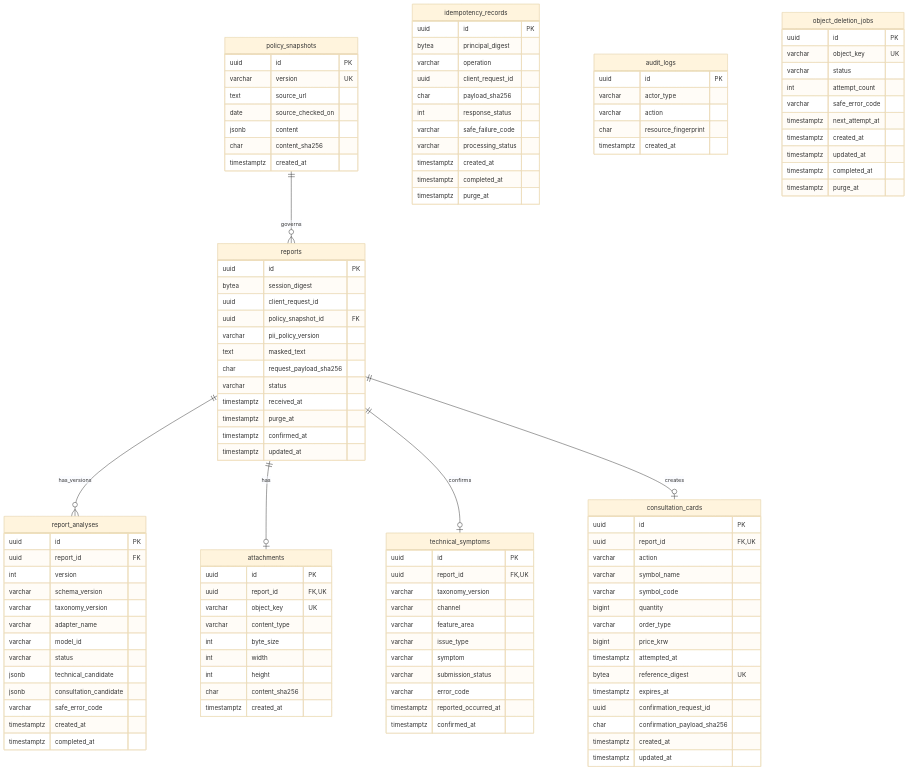
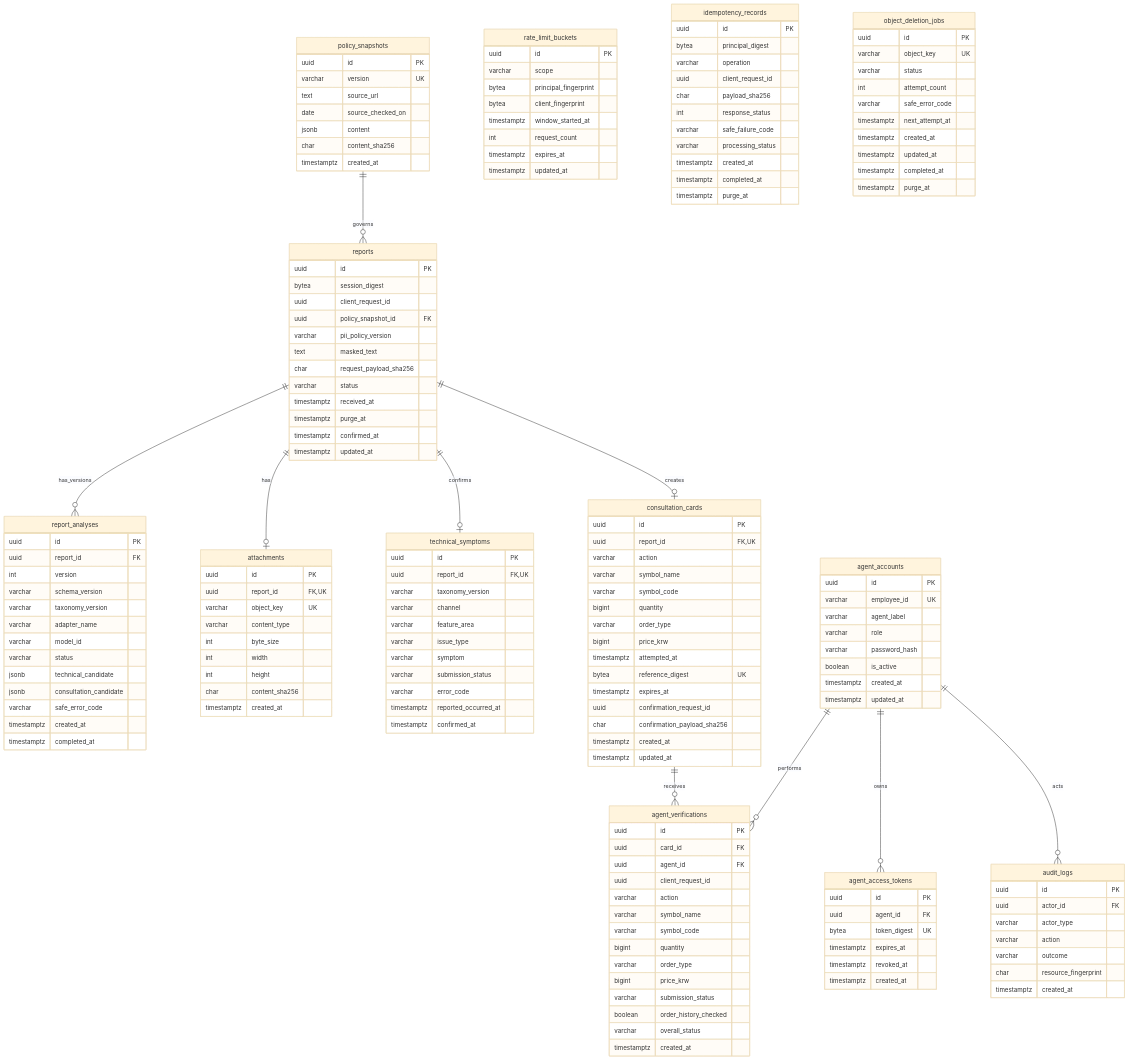
One commit to AI-Challenge-Git/AI_Challenge changed the second of 2 diagrams in backend/docs/erd.md. Above: the diagram before and after it, drawn with Mermaid (base theme). The commit also changed other lines of this file and 29 other files, not shown here.

```diff
--- a/backend/docs/erd.md
+++ b/backend/docs/erd.md
@@ -29,6 +29,10 @@
     reports ||--o| attachments : has
     reports ||--o| technical_symptoms : confirms
     reports ||--o| consultation_cards : creates
+    consultation_cards ||--o{ agent_verifications : receives
+    agent_accounts ||--o{ agent_access_tokens : owns
+    agent_accounts ||--o{ agent_verifications : performs
+    agent_accounts ||--o{ audit_logs : acts
 
     policy_snapshots {
         uuid id PK
@@ -115,6 +119,54 @@
         timestamptz updated_at
     }
 
+    agent_accounts {
+        uuid id PK
+        varchar employee_id UK
+        varchar agent_label
+        varchar role
+        varchar password_hash
+        boolean is_active
+        timestamptz created_at
+        timestamptz updated_at
+    }
+
+    agent_access_tokens {
+        uuid id PK
+        uuid agent_id FK
+        bytea token_digest UK
+        timestamptz expires_at
+        timestamptz revoked_at
+        timestamptz created_at
+    }
+
+    agent_verifications {
+        uuid id PK
+        uuid card_id FK
+        uuid agent_id FK
+        uuid client_request_id
+        varchar action
+        varchar symbol_name
+        varchar symbol_code
+        bigint quantity
+        varchar order_type
+        bigint price_krw
+        varchar submission_status
+        boolean order_history_checked
+        varchar overall_status
+        timestamptz created_at
+    }
+
+    rate_limit_buckets {
+        uuid id PK
+        varchar scope
+        bytea principal_fingerprint
+        bytea client_fingerprint
+        timestamptz window_started_at
+        int request_count
+        timestamptz expires_at
+        timestamptz updated_at
+    }
+
     idempotency_records {
         uuid id PK
         bytea principal_digest
@@ -131,8 +183,10 @@
 
     audit_logs {
         uuid id PK
+        uuid actor_id FK
         varchar actor_type
         varchar action
+        varchar outcome
         char resource_fingerprint
         timestamptz created_at
     }
```
